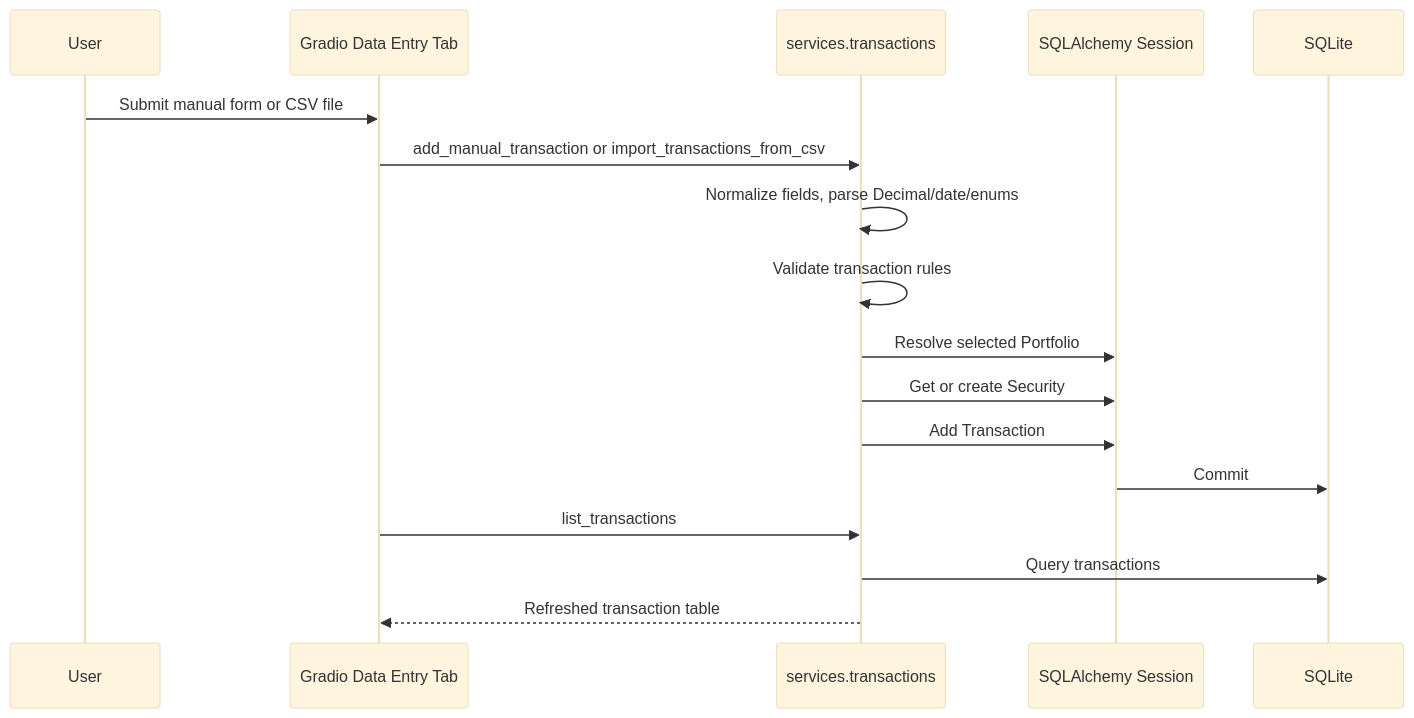
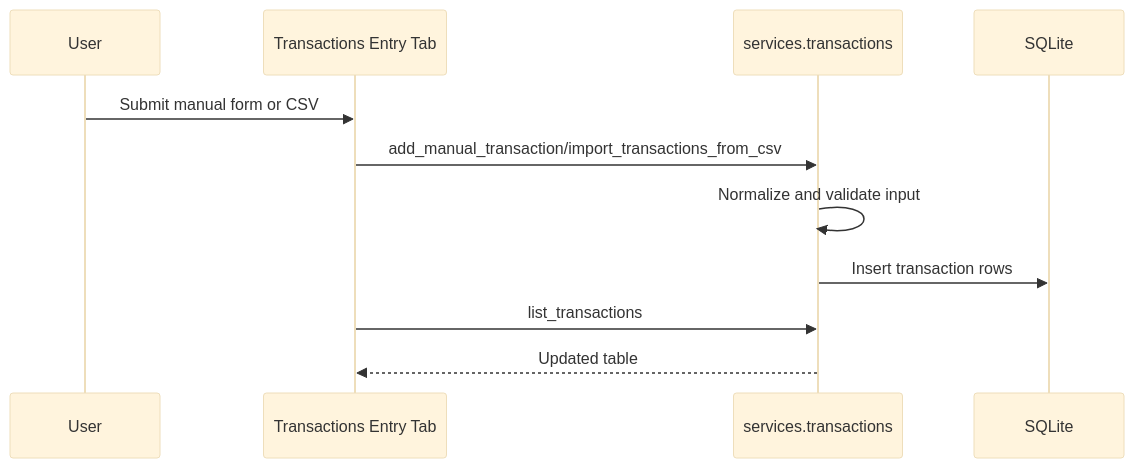
Before and after one commit to derruba2000/PortfolioTracker: the third of 5 diagrams in doc/architecture.md, drawn with Mermaid (base theme). The commit also changed other lines of this file and 1 other file, not shown here.

````diff
--- a/doc/architecture.md
+++ b/doc/architecture.md
@@ -419,20 +263,14 @@
 ```mermaid
 sequenceDiagram
     participant User
-    participant UI as Gradio Data Entry Tab
-    participant Service as services.transactions
-    participant ORM as SQLAlchemy Session
+    participant UI as Transactions Entry Tab
+    participant Tx as services.transactions
     participant DB as SQLite
 
-    User->>UI: Submit manual form or CSV file
-    UI->>Service: add_manual_transaction or import_transactions_from_csv
-    Service->>Service: Normalize fields, parse Decimal/date/enums
-    Service->>Service: Validate transaction rules
-    Service->>ORM: Resolve selected Portfolio
-    Service->>ORM: Get or create Security
-    Service->>ORM: Add Transaction
-    ORM->>DB: Commit
-    UI->>Service: list_transactions
-    Service->>DB: Query transactions
-    Service-->>UI: Refreshed transaction table
+    User->>UI: Submit manual form or CSV
+    UI->>Tx: add_manual_transaction/import_transactions_from_csv
+    Tx->>Tx: Normalize and validate input
+    Tx->>DB: Insert transaction rows
+    UI->>Tx: list_transactions
+    Tx-->>UI: Updated table
 ```
````
